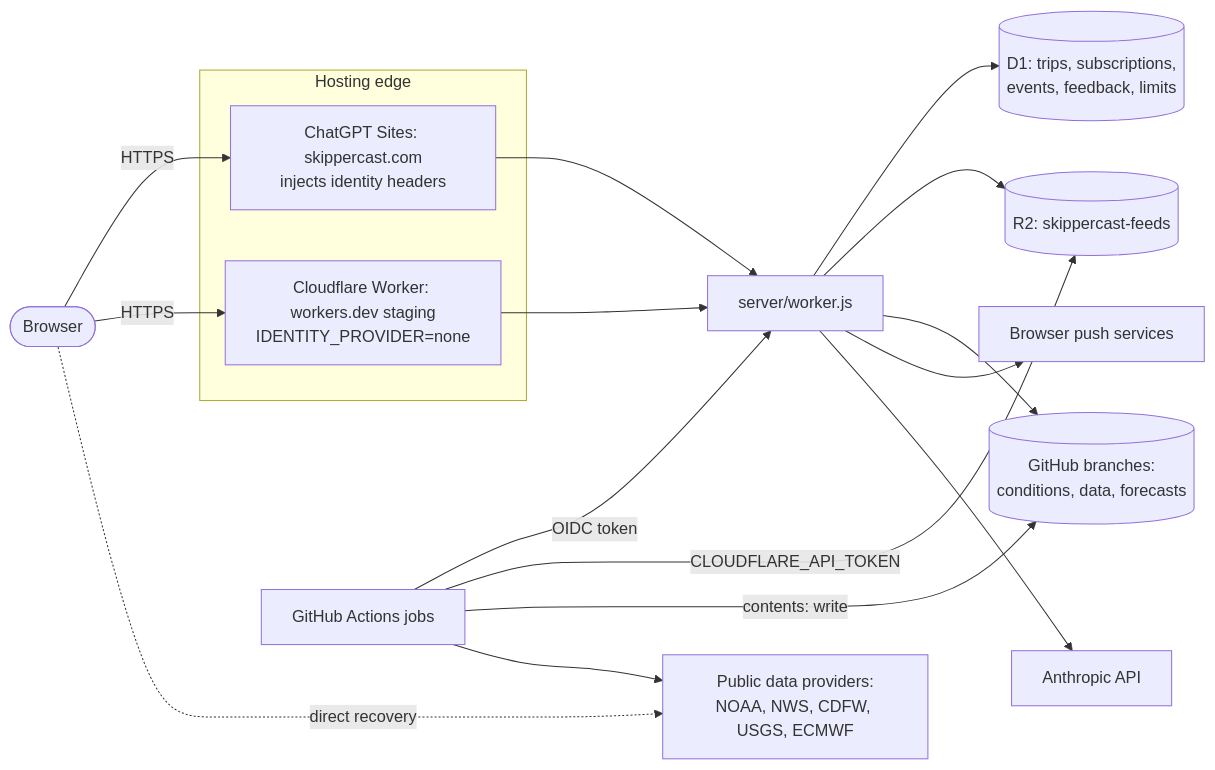
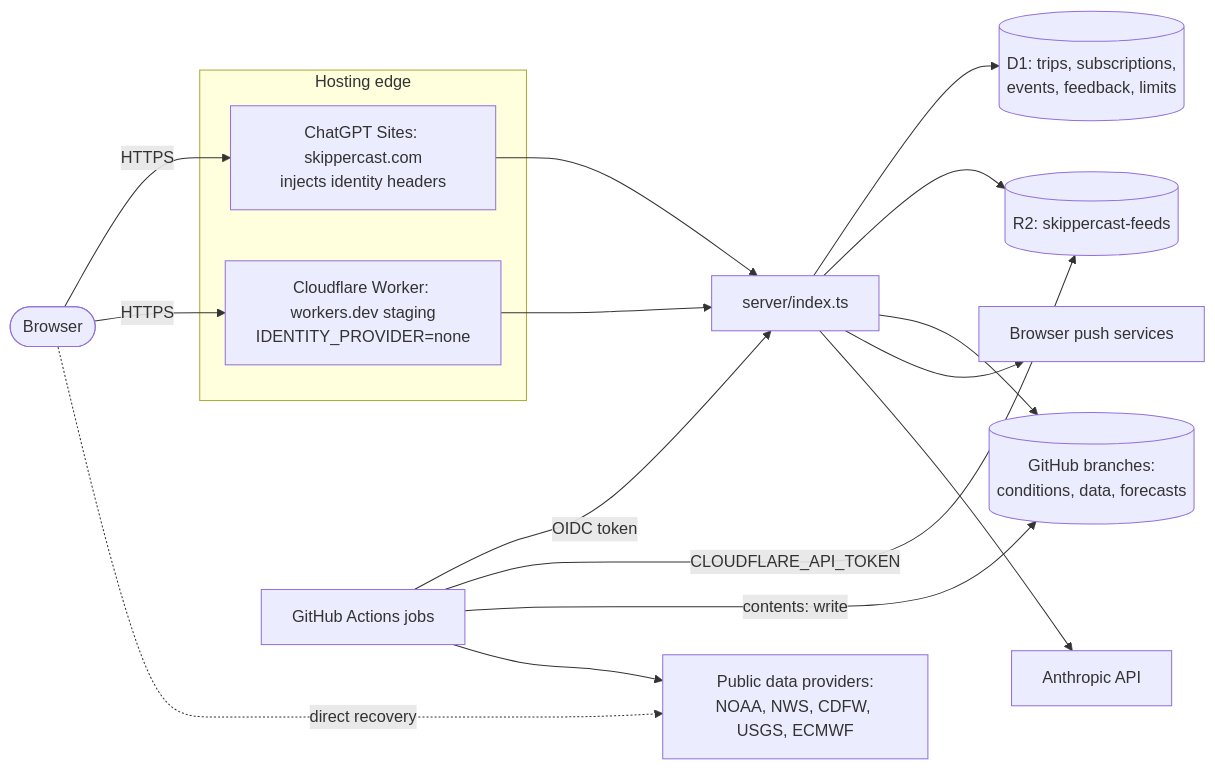
Before and after one commit to Grahammmm/skippercast: the diagram in docs/legal/threat-model.md, drawn with Mermaid. The commit also changed other lines of this file and 69 other files, not shown here.

````diff
--- a/docs/legal/threat-model.md
+++ b/docs/legal/threat-model.md
@@ -11,21 +11,21 @@
 ```mermaid
 flowchart LR
     user(["Browser"]) -->|HTTPS| sites
     user -->|HTTPS| cf
     subgraph edge["Hosting edge"]
       sites["ChatGPT Sites: skippercast.com<br/>injects identity headers"]
       cf["Cloudflare Worker: workers.dev staging<br/>IDENTITY_PROVIDER=none"]
     end
-    sites --> worker["server/worker.js"]
+    sites --> worker["server/index.ts"]
     cf --> worker
     worker --> d1[("D1: trips, subscriptions,<br/>events, feedback, limits")]
     worker --> r2[("R2: skippercast-feeds")]
     worker --> gh[("GitHub branches:<br/>conditions, data, forecasts")]
     worker --> push["Browser push services"]
     worker --> anthropic["Anthropic API"]
     actions["GitHub Actions jobs"] -->|"OIDC token"| worker
     actions -->|"CLOUDFLARE_API_TOKEN"| r2
     actions -->|"contents: write"| gh
     actions --> providers["Public data providers:<br/>NOAA, NWS, CDFW, USGS, ECMWF"]
     user -.->|"direct recovery"| providers
 ```
````
